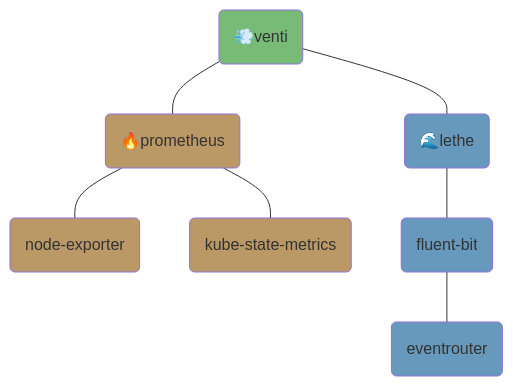
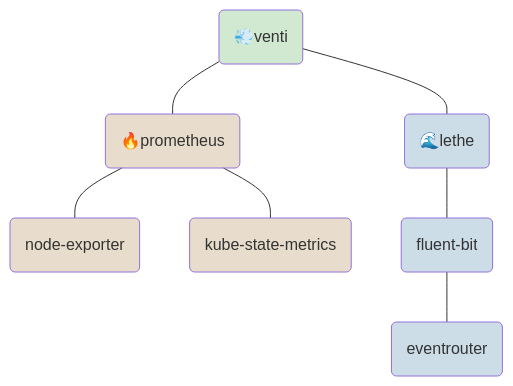
One commit to kuoss/helm-charts changed the diagram in docs/README.md. Above: the diagram before and after it, drawn with Mermaid.

````diff
--- a/docs/README.md
+++ b/docs/README.md
@@ -15,13 +15,14 @@
 ```mermaid
 graph TD
     Venti("💨venti") --- Prometheus("🔥prometheus") --- NodeExporter("node-exporter")
     Prometheus --- KubeStateMetrics("kube-state-metrics")
     Venti --- Lethe("🌊lethe") --- FluentBit("fluent-bit") --- Eventrouter("eventrouter")
 
-    classDef visual fill:#7b7;
-    classDef metric fill:#b96;
-    classDef log fill:#69b;
     class Venti visual
     class Prometheus,NodeExporter,KubeStateMetrics metric
     class Lethe,FluentBit,Eventrouter log
+
+    classDef visual fill:#7b75
+    classDef metric fill:#b965
+    classDef log    fill:#69b5
 ```
````
